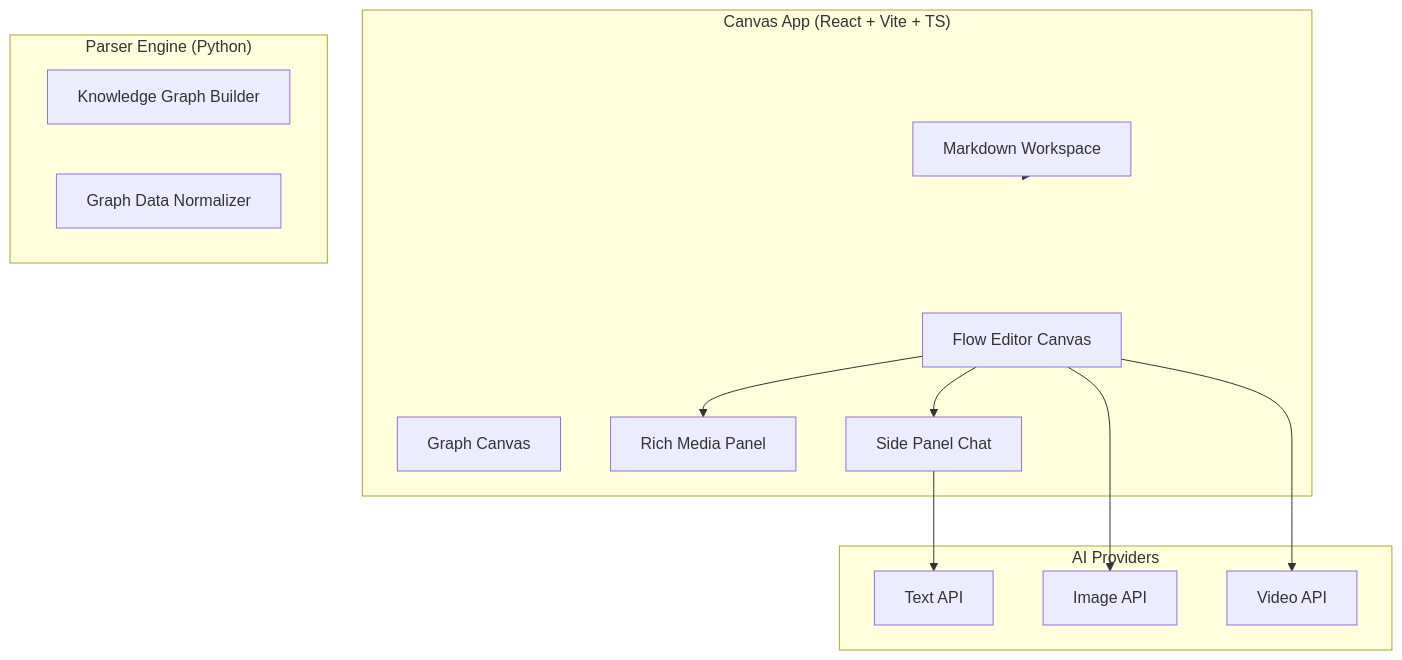
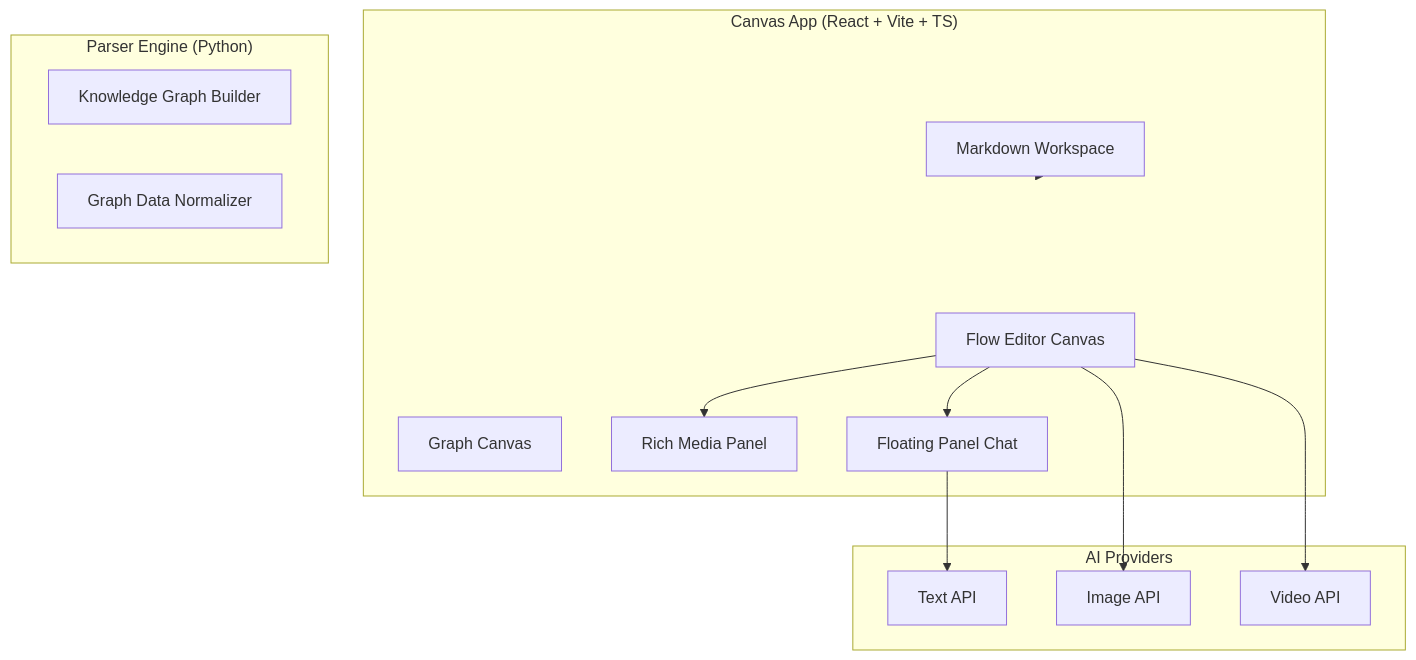
Before and after one commit to huijoohwee/knowgrph: the second of 3 diagrams in docs/documents/knowgrph-pitchdeck.md, drawn with Mermaid. The commit also changed other lines of this file and 137 other files, not shown here.

First line of the commit message:
refactor: rename side panel system to floating panel across codebase

````diff
--- a/docs/documents/knowgrph-pitchdeck.md
+++ b/docs/documents/knowgrph-pitchdeck.md
@@ -269,24 +269,24 @@
 ```mermaid
 flowchart TB
   subgraph Frontend ["Canvas App (React + Vite + TS)"]
     FC[Flow Editor Canvas]
     GC[Graph Canvas]
     MC[Markdown Workspace]
     RMP[Rich Media Panel]
-    SP[Side Panel Chat]
+    SP[Floating Panel Chat]
   end
   subgraph AI ["AI Providers"]
     BPChat[Text API]
     BPImg[Image API]
     BPVid[Video API]
   end
   subgraph Backend ["Parser Engine (Python)"]
     KB[Knowledge Graph Builder]
     GP[Graph Data Normalizer]
   end
   FC --> SP --> BPChat
   FC --> BPImg
   FC --> BPVid
   FC --> RMP
   MC --> Frontend
 ```
````
